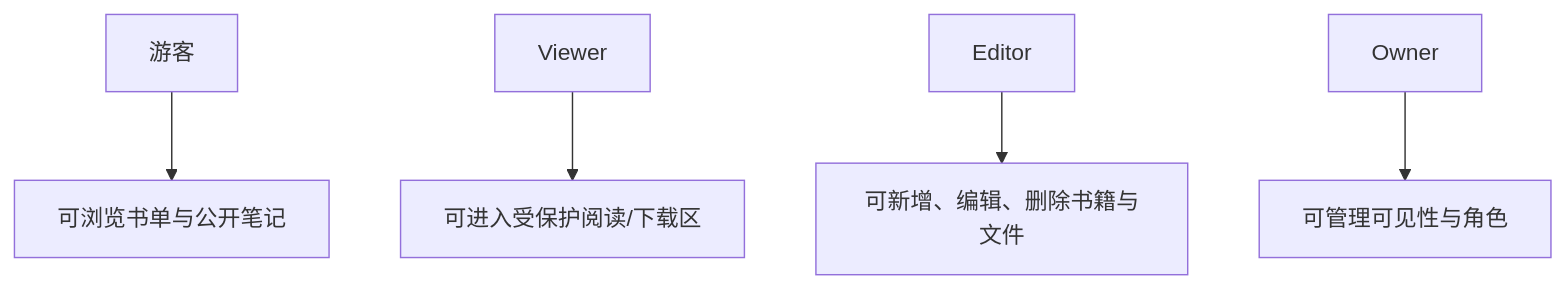
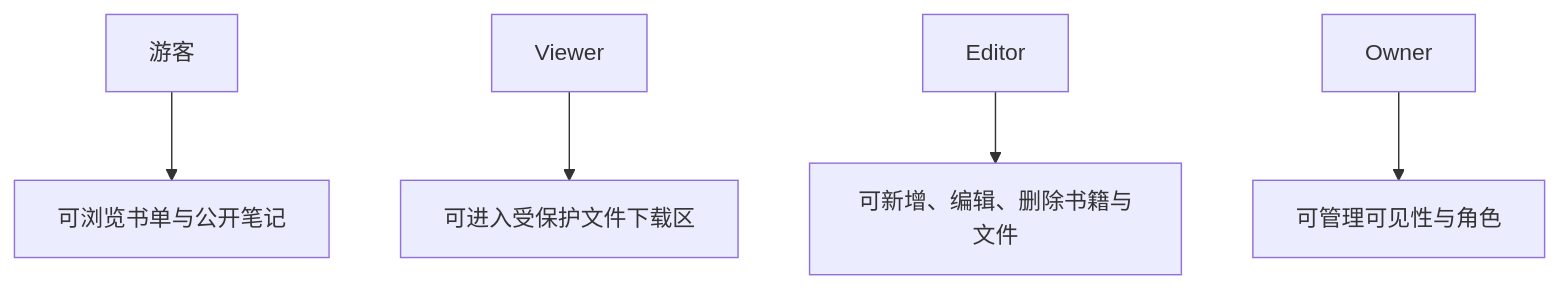
The first of 2 diagrams in docs/design/books/overview.zh-CN.md (Albertlearnpython/RememberMyself), drawn with Mermaid before and after one commit. The commit also changed other lines of this file and 25 other files, not shown here.

````diff
--- a/docs/design/books/overview.zh-CN.md
+++ b/docs/design/books/overview.zh-CN.md
@@ -38,7 +38,7 @@
 ```mermaid
 flowchart TD
     A["游客"] --> B["可浏览书单与公开笔记"]
-    C["Viewer"] --> D["可进入受保护阅读/下载区"]
+    C["Viewer"] --> D["可进入受保护文件下载区"]
     E["Editor"] --> F["可新增、编辑、删除书籍与文件"]
     G["Owner"] --> H["可管理可见性与角色"]
 ```
````
